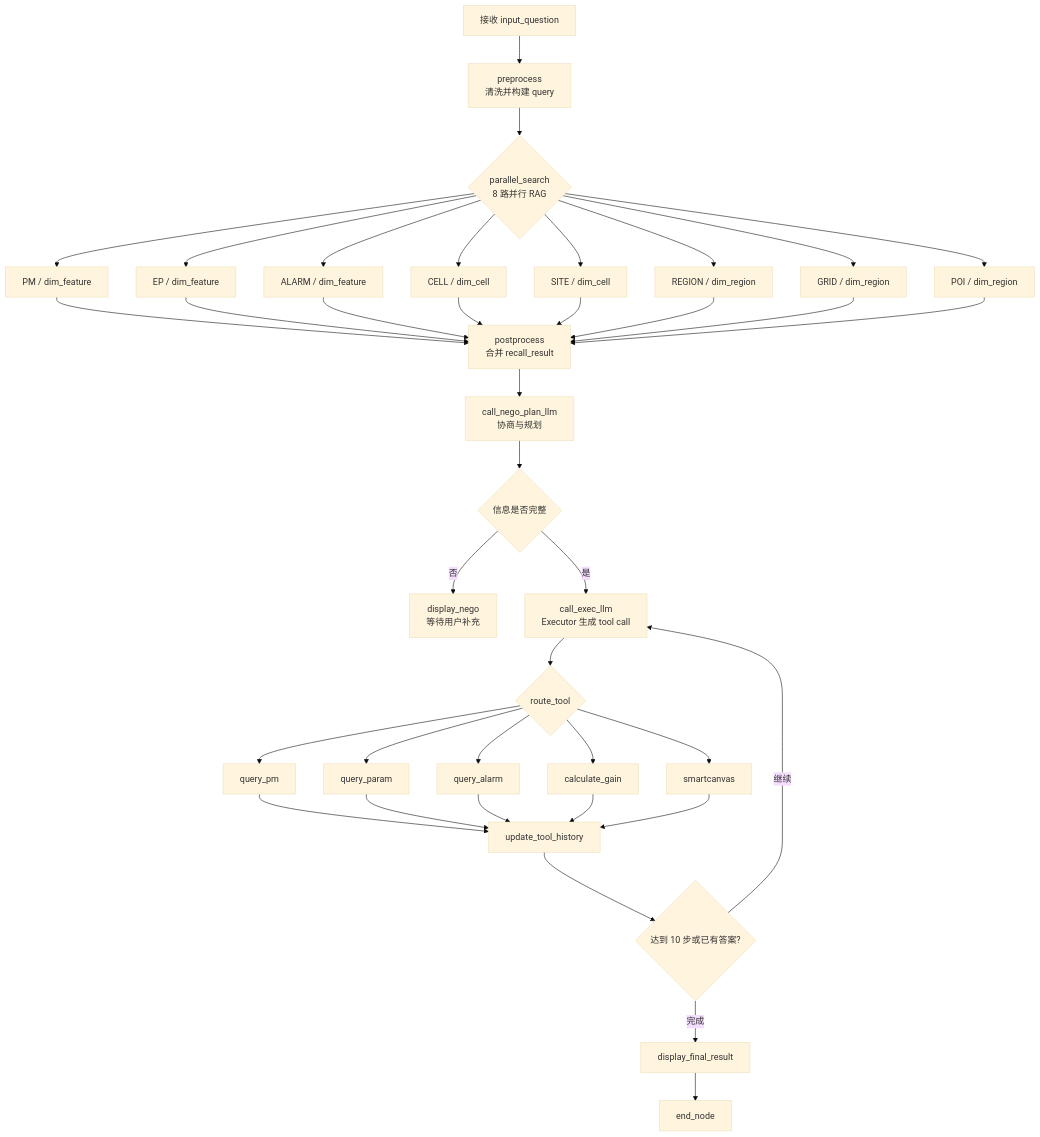
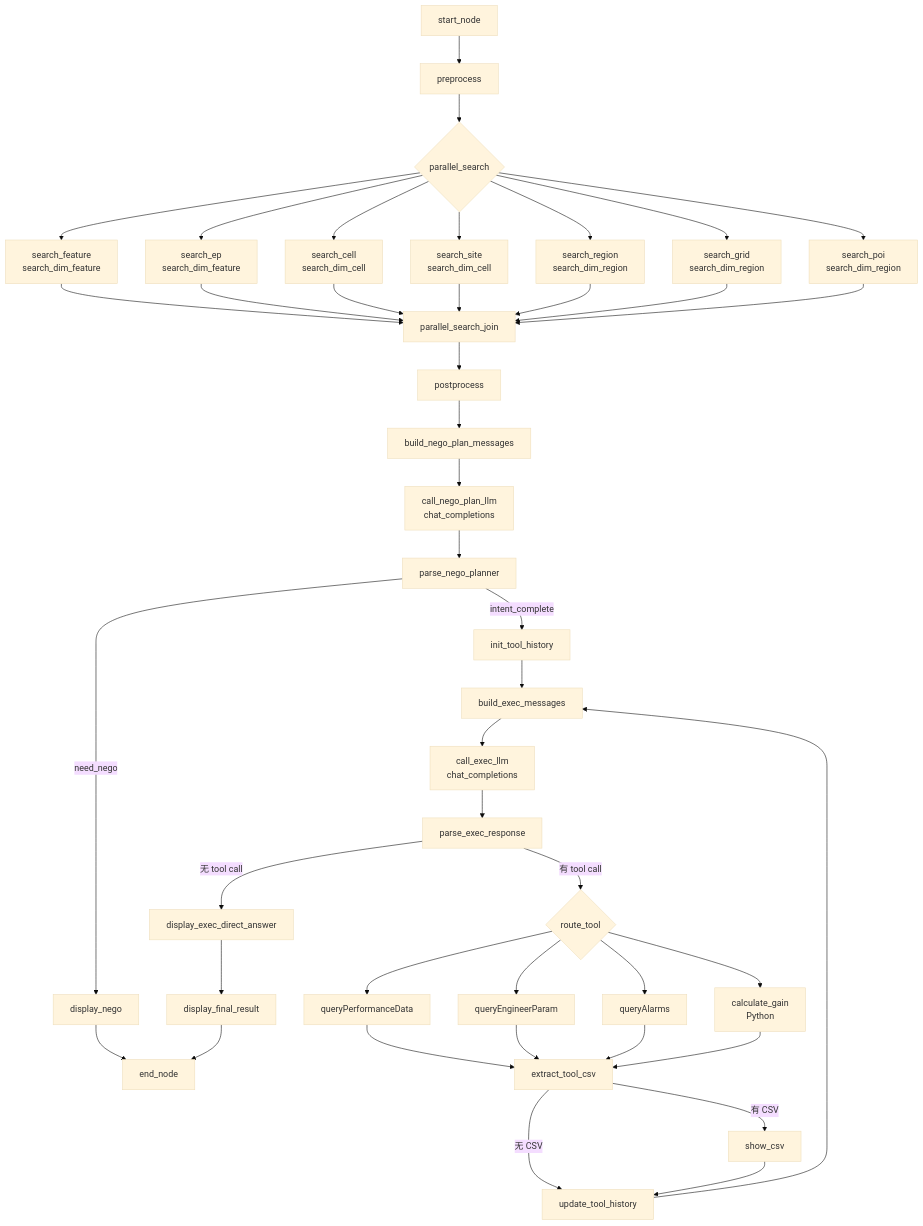
One commit to kelinbruce/aico_timedelay_anaylse changed the third of 3 diagrams in aico_struct_code/aicoservice_import/pod-recipe-invocation.md. Above: the diagram before and after it, drawn with Mermaid (base theme). The commit also changed other lines of this file and 2 other files, not shown here.

````diff
--- a/aico_struct_code/aicoservice_import/pod-recipe-invocation.md
+++ b/aico_struct_code/aicoservice_import/pod-recipe-invocation.md
@@ -258,29 +348,36 @@
 ```mermaid
 flowchart TD
-    A[接收 input_question] --> B[preprocess<br/>清洗并构建 query]
-    B --> C{parallel_search<br/>8 路并行 RAG}
-    C --> C1[PM / dim_feature]
-    C --> C2[EP / dim_feature]
-    C --> C3[ALARM / dim_feature]
-    C --> C4[CELL / dim_cell]
-    C --> C5[SITE / dim_cell]
-    C --> C6[REGION / dim_region]
-    C --> C7[GRID / dim_region]
-    C --> C8[POI / dim_region]
-    C1 & C2 & C3 & C4 & C5 & C6 & C7 & C8 --> D[postprocess<br/>合并 recall_result]
-    D --> E[call_nego_plan_llm<br/>协商与规划]
-    E --> F{信息是否完整}
-    F -- 否 --> G[display_nego<br/>等待用户补充]
-    F -- 是 --> H[call_exec_llm<br/>Executor 生成 tool call]
-    H --> I{route_tool}
-    I --> J1[query_pm]
-    I --> J2[query_param]
-    I --> J3[query_alarm]
-    I --> J4[calculate_gain]
-    I --> J5[smartcanvas]
-    J1 & J2 & J3 & J4 & J5 --> K[update_tool_history]
-    K --> L{达到 10 步或已有答案?}
-    L -- 继续 --> H
-    L -- 完成 --> M[display_final_result]
-    M --> N[end_node]
+    A[start_node] --> B[preprocess]
+    B --> P{parallel_search}
+    P --> S1[search_feature<br/>search_dim_feature]
+    P --> S2[search_ep<br/>search_dim_feature]
+    P --> S3[search_cell<br/>search_dim_cell]
+    P --> S4[search_site<br/>search_dim_cell]
+    P --> S5[search_region<br/>search_dim_region]
+    P --> S6[search_grid<br/>search_dim_region]
+    P --> S7[search_poi<br/>search_dim_region]
+    S1 & S2 & S3 & S4 & S5 & S6 & S7 --> J[parallel_search_join]
+    J --> PP[postprocess]
+    PP --> BN[build_nego_plan_messages]
+    BN --> NL[call_nego_plan_llm<br/>chat_completions]
+    NL --> NP[parse_nego_planner]
+    NP -->|need_nego| DN[display_nego]
+    DN --> END[end_node]
+    NP -->|intent_complete| IH[init_tool_history]
+    IH --> BE[build_exec_messages]
+    BE --> EL[call_exec_llm<br/>chat_completions]
+    EL --> PE[parse_exec_response]
+    PE -->|无 tool call| DA[display_exec_direct_answer]
+    DA --> DF[display_final_result]
+    PE -->|有 tool call| RT{route_tool}
+    RT --> PM[queryPerformanceData]
+    RT --> EP[queryEngineerParam]
+    RT --> AL[queryAlarms]
+    RT --> GA[calculate_gain<br/>Python]
+    PM & EP & AL & GA --> CSV[extract_tool_csv]
+    CSV -->|有 CSV| SC[show_csv]
+    CSV -->|无 CSV| UH[update_tool_history]
+    SC --> UH
+    UH --> BE
+    DF --> END
 ```
````
